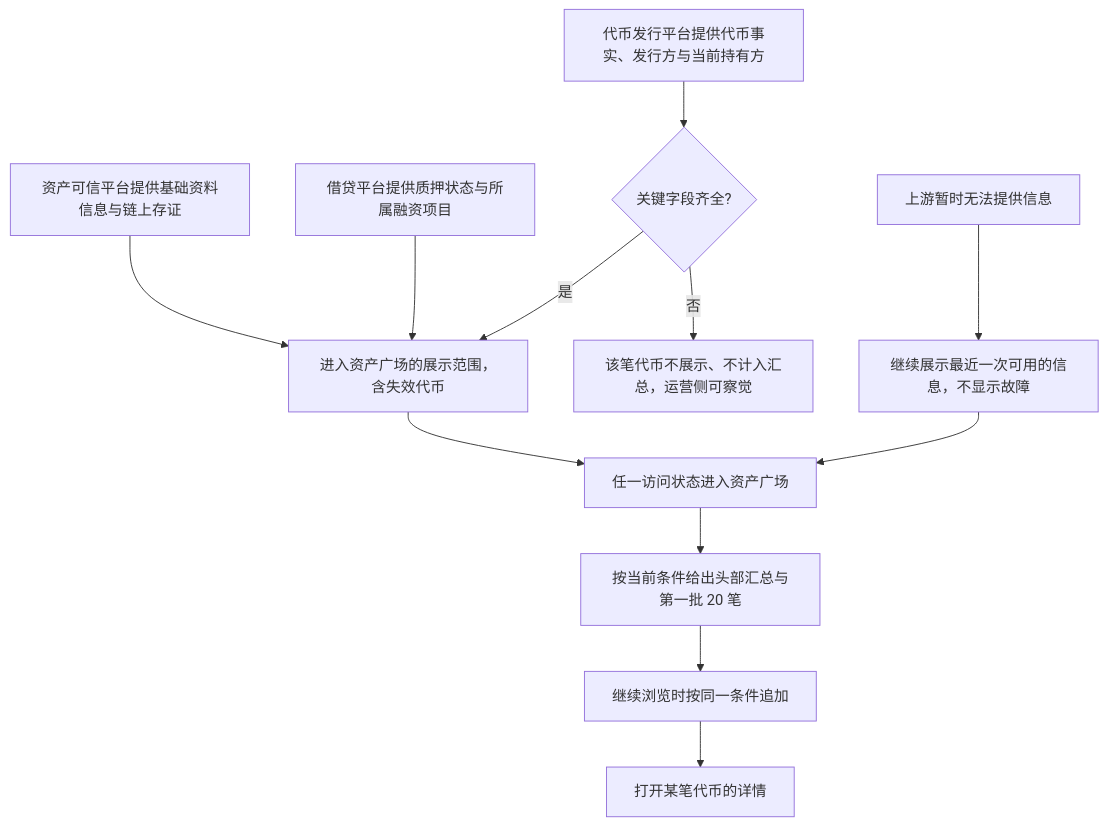
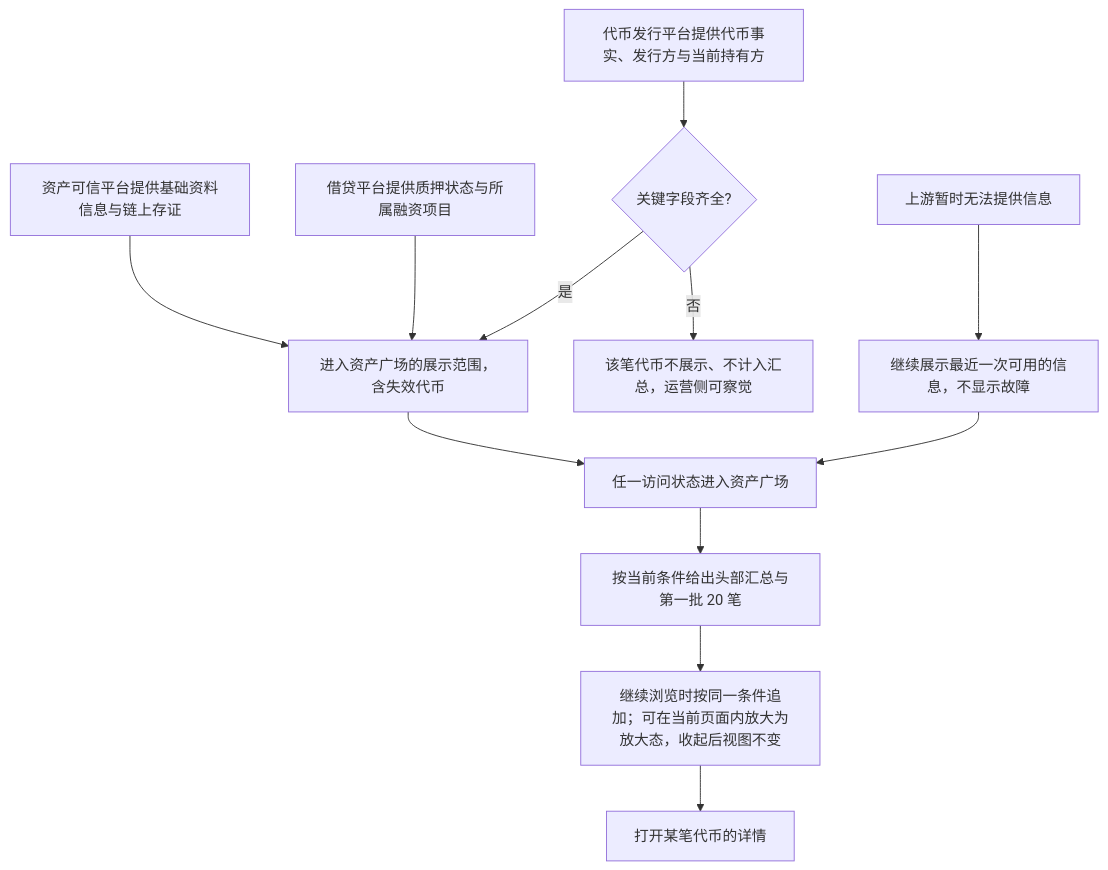
Before and after one commit to wxblockchain/Chain-Financing: the first of 6 diagrams in lending-platform/PRD/面客端/04-资产广场-已上架代币只读域/02-资产广场-流程图与状态机.md, drawn with Mermaid. The commit also changed 3 other files, not shown here.

````diff
--- a/lending-platform/PRD/面客端/04-资产广场-已上架代币只读域/02-资产广场-流程图与状态机.md
+++ b/lending-platform/PRD/面客端/04-资产广场-已上架代币只读域/02-资产广场-流程图与状态机.md
@@ -19,14 +19,14 @@
 ```mermaid
 flowchart TD
   T[代币发行平台提供代币事实、发行方与当前持有方] --> B{关键字段齐全?}
   S[资产可信平台提供基础资料信息与链上存证] --> D
   P[借贷平台提供质押状态与所属融资项目] --> D
   B -->|否| C[该笔代币不展示、不计入汇总，运营侧可察觉]
   B -->|是| D[进入资产广场的展示范围，含失效代币]
   D --> E[任一访问状态进入资产广场]
   E --> F[按当前条件给出头部汇总与第一批 20 笔]
-  F --> G[继续浏览时按同一条件追加]
+  F --> G[继续浏览时按同一条件追加；可在当前页面内放大为放大态，收起后视图不变]
   G --> H[打开某笔代币的详情]
   U[上游暂时无法提供信息] --> V[继续展示最近一次可用的信息，不显示故障]
   V --> E
 ```
````
